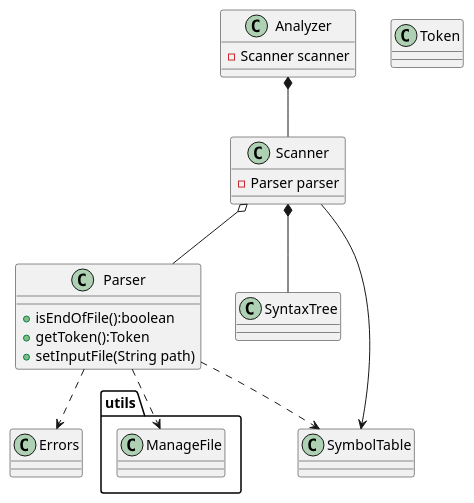
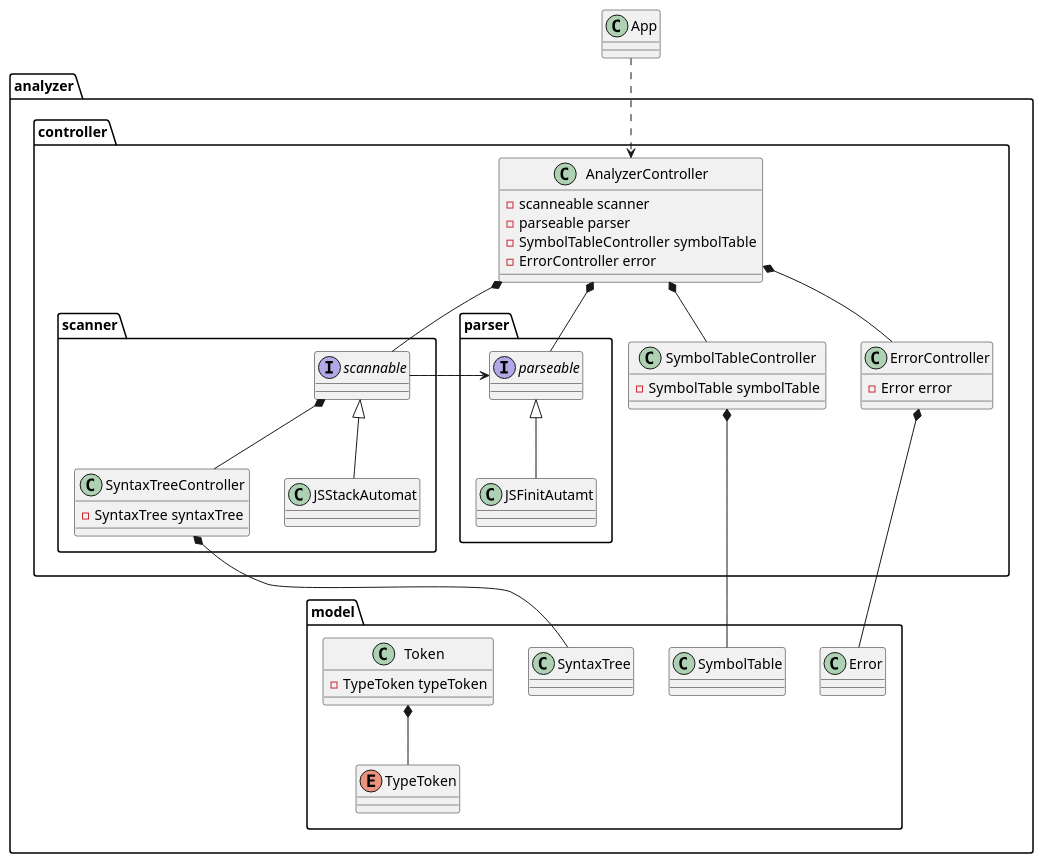
One commit to moroquin/parser-scanner-analyzer changed the diagram in docs/ClassDiagram.wsd. Above: the diagram before and after it, drawn with PlantUML. The commit also changed 1 other file, not shown here.

Commit message:
improve the class diagram, finish define the base architecture

```diff
--- a/docs/ClassDiagram.wsd
+++ b/docs/ClassDiagram.wsd
@@ -1,46 +1,120 @@
 @startuml classdiagram
 
-    class Analyzer{
-        -Scanner scanner
+
+class App{
+
+}
+
+package analyzer{
+
+    package controller{
+
+        class AnalyzerController{
+            -scanneable scanner
+            -parseable parser
+            -SymbolTableController symbolTable
+            -ErrorController error
+        }
+
+        class SymbolTableController{
+            -SymbolTable symbolTable
+
+        }
+
+        class ErrorController{
+            -Error error
+
+        }
+
+
+        package scanner{
+
+
+
+            class SyntaxTreeController{
+                -SyntaxTree syntaxTree
+
+            }
+
+            interface scannable{
+
+            }
+
+            class JSStackAutomat{
+
+            }
+
+            JSStackAutomat -up-|> scannable
+            scannable *-- SyntaxTreeController
+
+
+        }
+
+        package parser{
+
+            interface parseable{
+
+            }
+
+            class JSFinitAutamt{
+
+            }
+
+            JSFinitAutamt -up-|> parseable
+
+        }
+
+
+
+        AnalyzerController *-- parseable
+        AnalyzerController *-- scannable
+        AnalyzerController *-- SymbolTableController
+        AnalyzerController *-- ErrorController
+
+        scannable -right-> parseable
+
     }
 
-    class Scanner{
-        -Parser parser
+
+    package model{
+
+        class Error{
+
+        }
+
+        class SyntaxTree{
+
+        }
+
+        class SymbolTable
+
+
+        class Token{
+            -TypeToken typeToken
+        }
+
+        enum TypeToken{
+
+        }
+
+        Token *-- TypeToken
+
     }
 
-    class Parser{
-        +isEndOfFile():boolean
-        +getToken():Token
-        +setInputFile(String path)
-    }
+    SymbolTableController *-- SymbolTable
+    ErrorController *-- Error
 
-    class Token{
+    SyntaxTreeController *-- SyntaxTree
 
-    }
     
-    class SyntaxTree
 
-    package utils{
-        class ManageFile{
+    
 
-        }
-    }
+}
 
-    class Errors
 
-    class SymbolTable
-
-    Parser ..> ManageFile
-
-    Analyzer *-- Scanner
-    Scanner o-- Parser
-
-    Parser ..> Errors
-    Parser ..> SymbolTable
-
-    Scanner --> SymbolTable
-    Scanner *-- SyntaxTree
+App .down.> AnalyzerController
 
 
 
 @enduml
```
